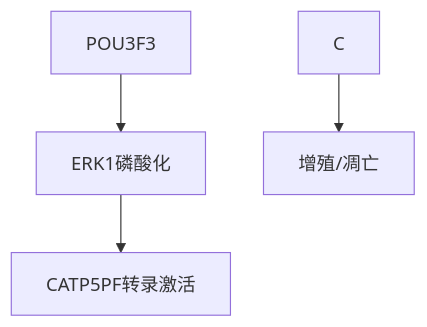
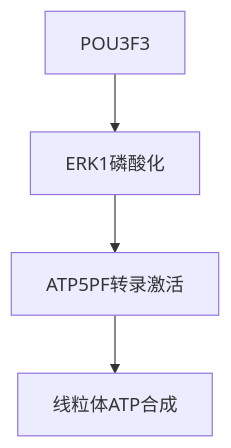
One commit to luoshui-binghua/iodraw-files changed the diagram in all/未命名.md. Above: the diagram before and after it, drawn with Mermaid.

Commit message:
2025-06-20 10:45:29 update

````diff
--- a/all/未命名.md
+++ b/all/未命名.md
@@ -1,7 +1,7 @@
 ```mermaid
 graph TD
 A[POU3F3] --> B[ERK1磷酸化]
-B --> CATP5PF转录激活
-C --> D[增殖/凋亡]
+B --> C[ATP5PF转录激活]
+C --> D[线粒体ATP合成]
 
 ```
````
